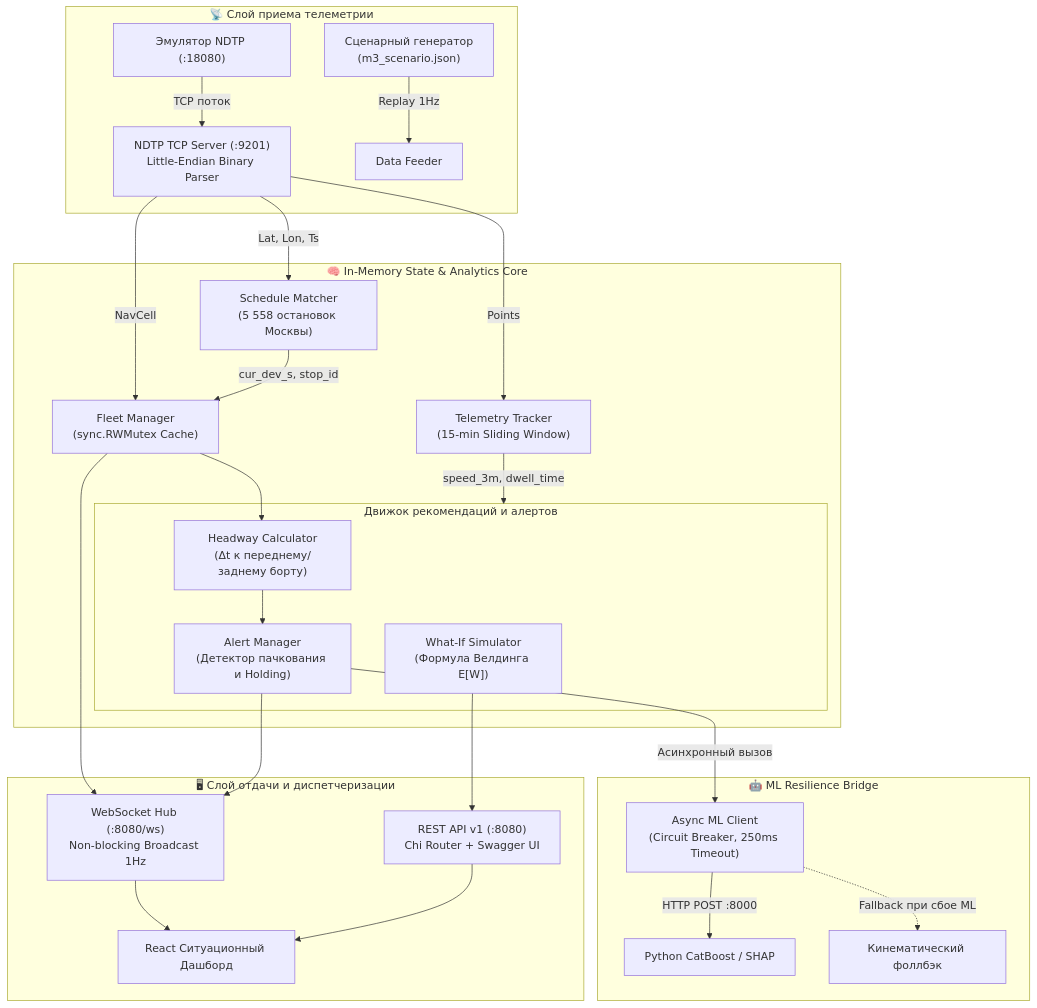
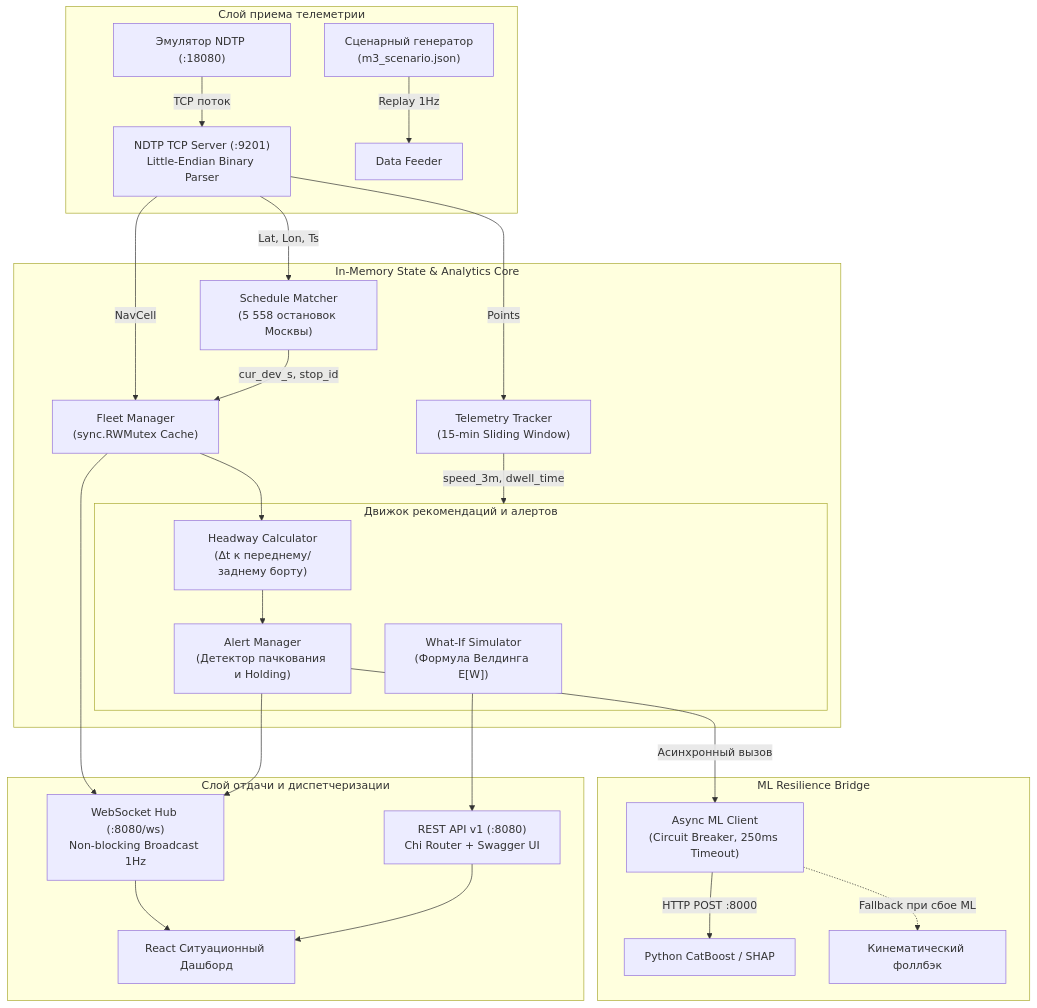
The diagram in docs/backend_and_telemetry_guide.md (teamv39/mt-hack_predictor), drawn with Mermaid before and after one commit. The commit also changed other lines of this file and 85 other files, not shown here.

````diff
--- a/docs/backend_and_telemetry_guide.md
+++ b/docs/backend_and_telemetry_guide.md
@@ -29,39 +29,39 @@
 ```mermaid
 flowchart TD
-    subgraph Ingestion["📡 Слой приема телеметрии"]
+    subgraph Ingestion["Слой приема телеметрии"]
         NDTPEmu["Эмулятор NDTP (:18080)"] -->|TCP поток| NDTPSrv["NDTP TCP Server (:9201)\nLittle-Endian Binary Parser"]
         Scenario["Сценарный генератор\n(m3_scenario.json)"] -->|Replay 1Hz| Feeder["Data Feeder"]
     end
 
-    subgraph State["🧠 In-Memory State & Analytics Core"]
+    subgraph State["In-Memory State & Analytics Core"]
         NDTPSrv -->|NavCell| FleetMgr["Fleet Manager\n(sync.RWMutex Cache)"]
         NDTPSrv -->|Points| Tracker["Telemetry Tracker\n(15-min Sliding Window)"]
         NDTPSrv -->|Lat, Lon, Ts| Matcher["Schedule Matcher\n(5 558 остановок Москвы)"]
         
         Matcher -->|cur_dev_s, stop_id| FleetMgr
         Tracker -->|speed_3m, dwell_time| EngineGroup
         
         subgraph EngineGroup["Движок рекомендаций и алертов"]
             Headway["Headway Calculator\n(Δt к переднему/заднему борту)"]
             Alerts["Alert Manager\n(Детектор пачкования и Holding)"]
             WhatIfEngine["What-If Simulator\n(Формула Велдинга E[W])"]
         end
         
         FleetMgr --> Headway
         Headway --> Alerts
     end
 
-    subgraph MLBridge["🤖 ML Resilience Bridge"]
+    subgraph MLBridge["ML Resilience Bridge"]
         Alerts -->|Асинхронный вызов| MLClient["Async ML Client\n(Circuit Breaker, 250ms Timeout)"]
         MLClient -->|HTTP POST :8000| FastAPI["Python CatBoost / SHAP"]
         MLClient -.->|Fallback при сбое ML| Heuristic["Кинематический фоллбэк"]
     end
 
-    subgraph Distribution["🖥 Слой отдачи и диспетчеризации"]
+    subgraph Distribution["Слой отдачи и диспетчеризации"]
         FleetMgr --> WS["WebSocket Hub (:8080/ws)\nNon-blocking Broadcast 1Hz"]
         Alerts --> WS
         WhatIfEngine --> REST["REST API v1 (:8080)\nChi Router + Swagger UI"]
         WS --> UI["React Ситуационный Дашборд"]
         REST --> UI
     end
 ```
````
